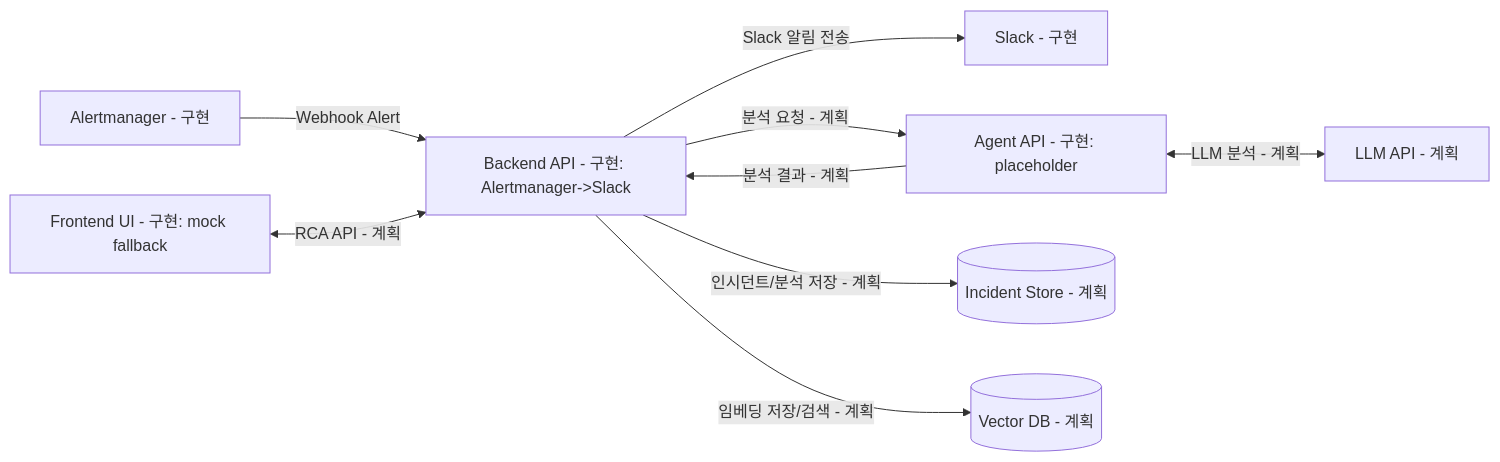
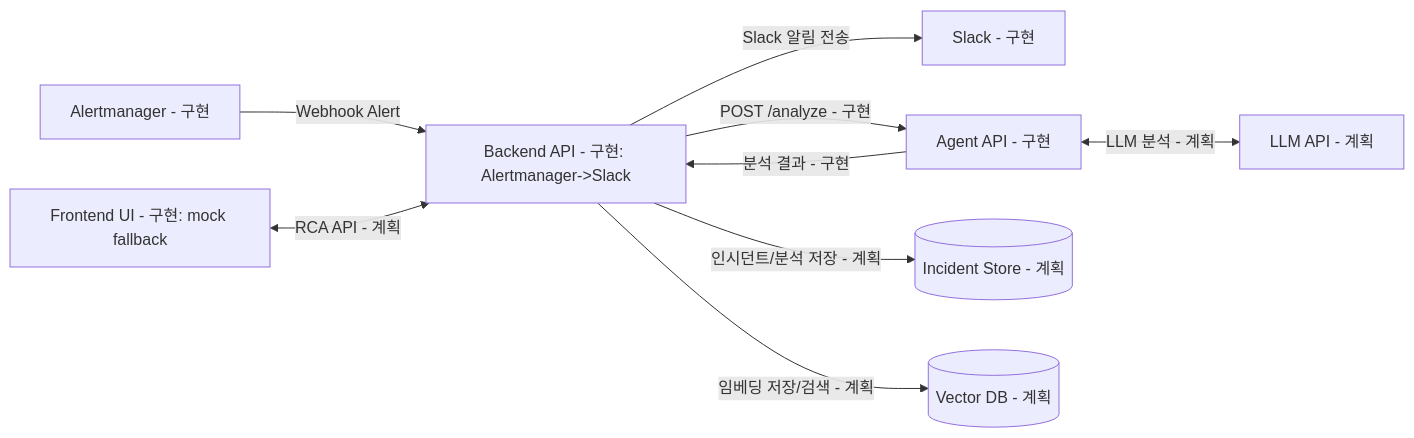
The diagram in docs/diagrams/system_context_diagram.md (kube-rca/kuberca), drawn with Mermaid before and after one commit. The commit also changed 1 other file, not shown here.

Commit message:
docs(diagrams): Backend-Agent 연동 구현 반영

````diff
--- a/docs/diagrams/system_context_diagram.md
+++ b/docs/diagrams/system_context_diagram.md
@@ -1,26 +1,26 @@
 ```mermaid
 flowchart LR
   %% External
   AM[Alertmanager - 구현]
   SL[Slack - 구현]
   LLM[LLM API - 계획]
 
   %% Internal
   FE[Frontend UI - 구현: mock fallback]
   BE[Backend API - 구현: Alertmanager->Slack]
-  AG[Agent API - 구현: placeholder]
+  AG[Agent API - 구현]
   DB[(Incident Store - 계획)]
   VDB[(Vector DB - 계획)]
 
   AM -->|Webhook Alert| BE
   BE -->|Slack 알림 전송| SL
 
-  BE -->|분석 요청 - 계획| AG
-  AG -->|분석 결과 - 계획| BE
+  BE -->|POST /analyze - 구현| AG
+  AG -->|분석 결과 - 구현| BE
   AG <--> |LLM 분석 - 계획| LLM
 
   BE -->|인시던트/분석 저장 - 계획| DB
   BE -->|임베딩 저장/검색 - 계획| VDB
 
   FE <--> |RCA API - 계획| BE
 ```
````
